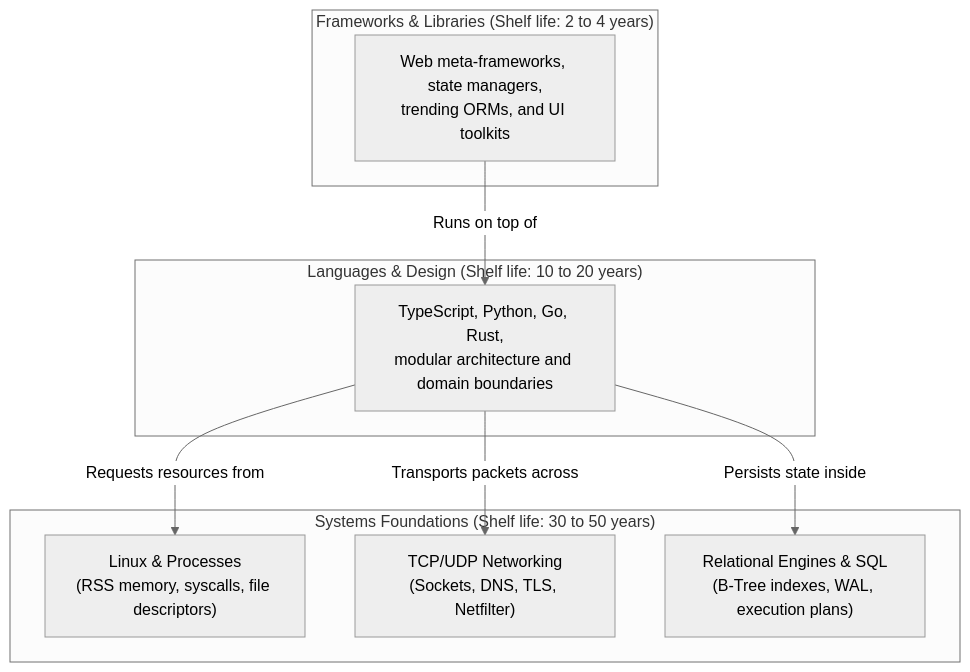
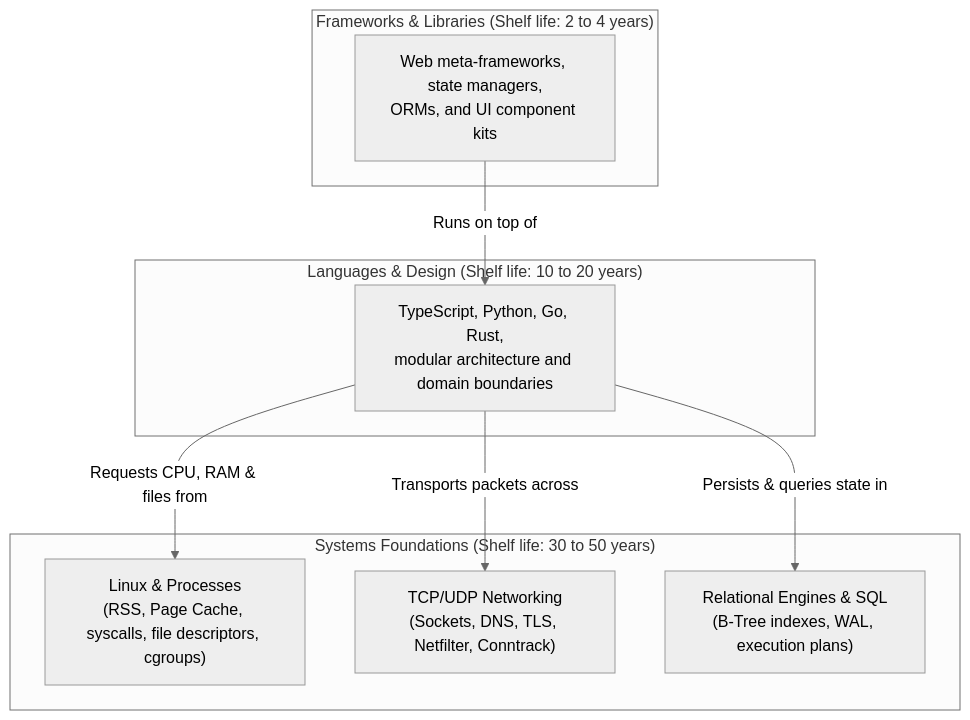
One commit to JorgeDoicela/jorge_doicela changed the first of 3 diagrams in frontend/web/src/app/(doiceladev)/entities/blog/drafts/en.fundamentos-linux-redes-sql-sobre-frameworks.md. Above: the diagram before and after it, drawn with Mermaid (neutral theme). The commit also changed other lines of this file and 16 other files, not shown here.

````diff
--- a/frontend/web/src/app/(doiceladev)/entities/blog/drafts/en.fundamentos-linux-redes-sql-sobre-frameworks.md
+++ b/frontend/web/src/app/(doiceladev)/entities/blog/drafts/en.fundamentos-linux-redes-sql-sobre-frameworks.md
@@ -11,21 +26,21 @@
 ```mermaid
 flowchart TB
     subgraph EphemeralLayer ["Frameworks & Libraries (Shelf life: 2 to 4 years)"]
-        FW["Web meta-frameworks, state managers,\ntrending ORMs, and UI toolkits"]
+        FW["Web meta-frameworks, state managers,\nORMs, and UI component kits"]
     end
 
     subgraph MidLayer ["Languages & Design (Shelf life: 10 to 20 years)"]
         Lang["TypeScript, Python, Go, Rust,\nmodular architecture and domain boundaries"]
     end
 
     subgraph Foundations ["Systems Foundations (Shelf life: 30 to 50 years)"]
-        OS["Linux & Processes\n(RSS memory, syscalls, file descriptors)"]
-        Net["TCP/UDP Networking\n(Sockets, DNS, TLS, Netfilter)"]
+        OS["Linux & Processes\n(RSS, Page Cache, syscalls, file descriptors, cgroups)"]
+        Net["TCP/UDP Networking\n(Sockets, DNS, TLS, Netfilter, Conntrack)"]
         DB["Relational Engines & SQL\n(B-Tree indexes, WAL, execution plans)"]
     end
 
     FW -->|"Runs on top of"| Lang
-    Lang -->|"Requests resources from"| OS
+    Lang -->|"Requests CPU, RAM & files from"| OS
     Lang -->|"Transports packets across"| Net
-    Lang -->|"Persists state inside"| DB
+    Lang -->|"Persists & queries state in"| DB
 ```
````
